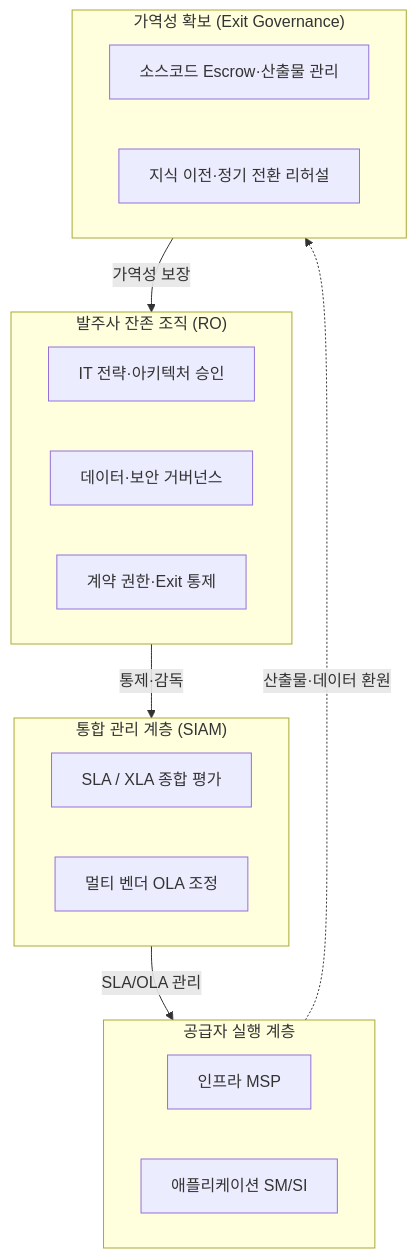
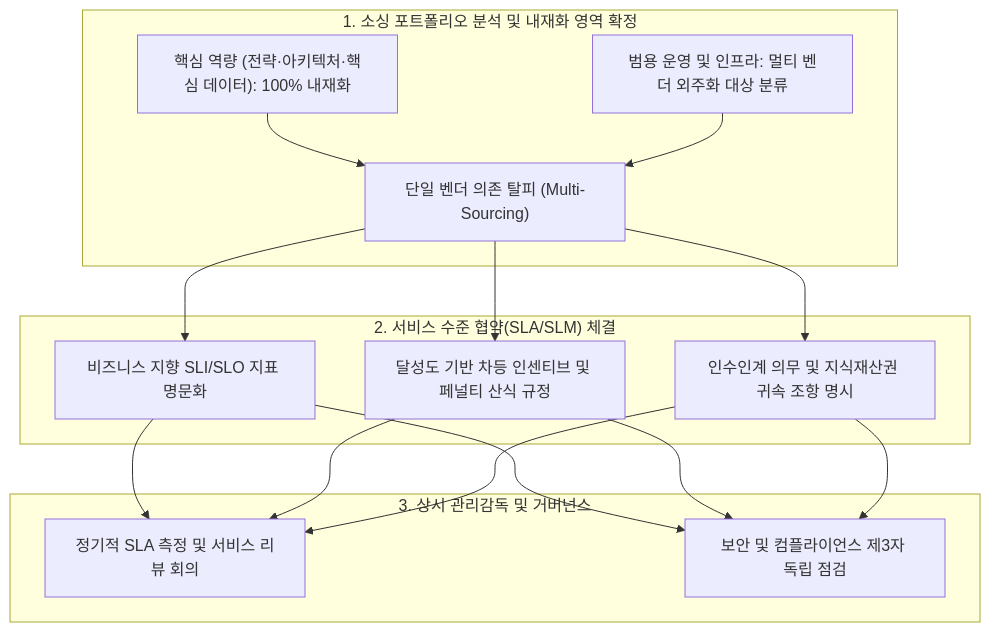
One commit to agnusdei1207/study changed the third of 4 diagrams in src/content/docs/notes/itpe/01-it-strategy/033_it_outsourcing.md. Above: the diagram before and after it, drawn with Mermaid. The commit also changed other lines of this file and 80 other files, not shown here.

````diff
--- a/src/content/docs/notes/itpe/01-it-strategy/033_it_outsourcing.md
+++ b/src/content/docs/notes/itpe/01-it-strategy/033_it_outsourcing.md
@@ -104,25 +107,19 @@
 ```mermaid
 flowchart TD
-    subgraph RO["발주사 잔존 조직 (RO)"]
-        A1["IT 전략·아키텍처 승인"]
-        A2["데이터·보안 거버넌스"]
-        A3["계약 권한·Exit 통제"]
+    subgraph Strategy["1. 소싱 포트폴리오 분석 및 내재화 영역 확정"]
+        S1["핵심 역량 (전략·아키텍처·핵심 데이터): 100% 내재화"]
+        S2["범용 운영 및 인프라: 멀티 벤더 외주화 대상 분류"]
+        S1 & S2 --> S3["단일 벤더 의존 탈피 (Multi-Sourcing)"]
     end
-    subgraph SIAM["통합 관리 계층 (SIAM)"]
-        B1["SLA / XLA 종합 평가"]
-        B2["멀티 벤더 OLA 조정"]
+    subgraph Contract["2. 서비스 수준 협약(SLA/SLM) 체결"]
+        C1["비즈니스 지향 SLI/SLO 지표 명문화"]
+        C2["달성도 기반 차등 인센티브 및 페널티 산식 규정"]
+        C3["인수인계 의무 및 지식재산권 귀속 조항 명시"]
+        S3 --> C1 & C2 & C3
     end
-    subgraph Vendors["공급자 실행 계층"]
-        C1["인프라 MSP"]
-        C2["애플리케이션 SM/SI"]
+    subgraph Governance["3. 상시 관리감독 및 거버넌스"]
+        G1["정기적 SLA 측정 및 서비스 리뷰 회의"]
+        G2["보안 및 컴플라이언스 제3자 독립 점검"]
+        C1 & C2 & C3 --> G1 & G2
     end
-    subgraph Exit["가역성 확보 (Exit Governance)"]
-        D1["소스코드 Escrow·산출물 관리"]
-        D2["지식 이전·정기 전환 리허설"]
-    end
-
-    RO -->|통제·감독| SIAM
-    SIAM -->|SLA/OLA 관리| Vendors
-    Vendors -.->|산출물·데이터 환원| Exit
-    Exit -->|가역성 보장| RO
 ```
````
